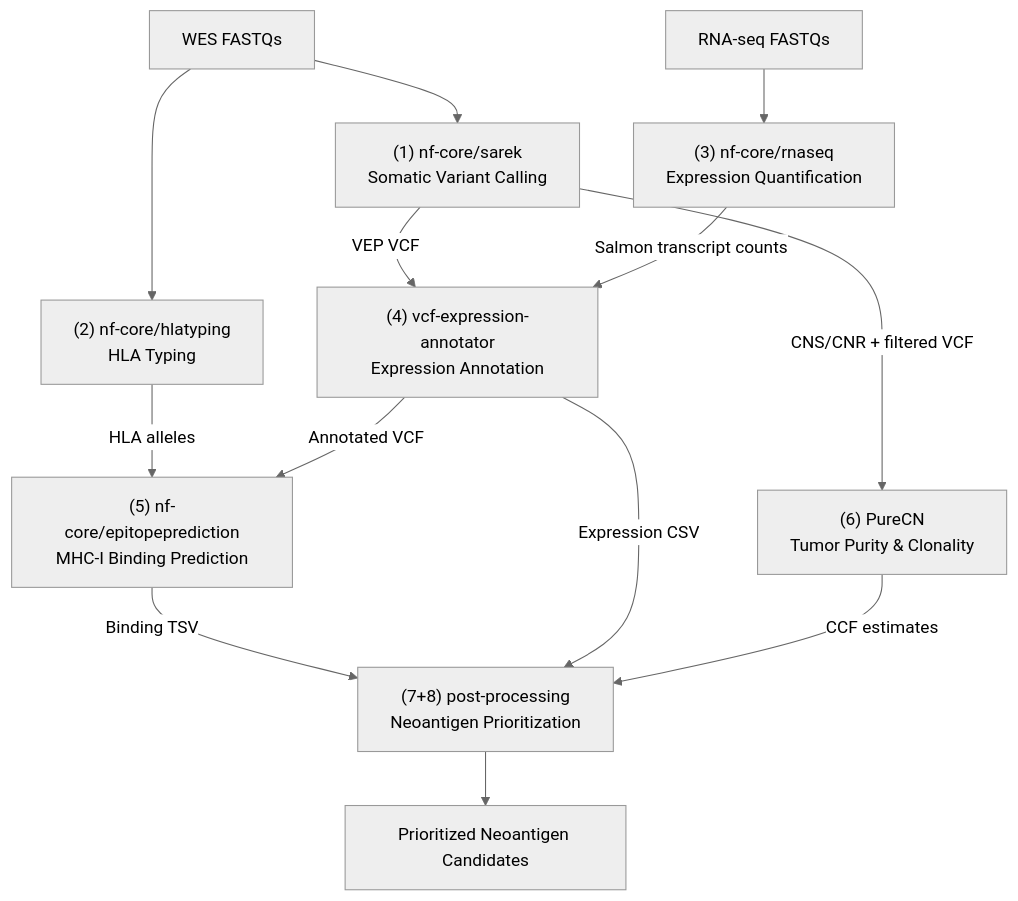
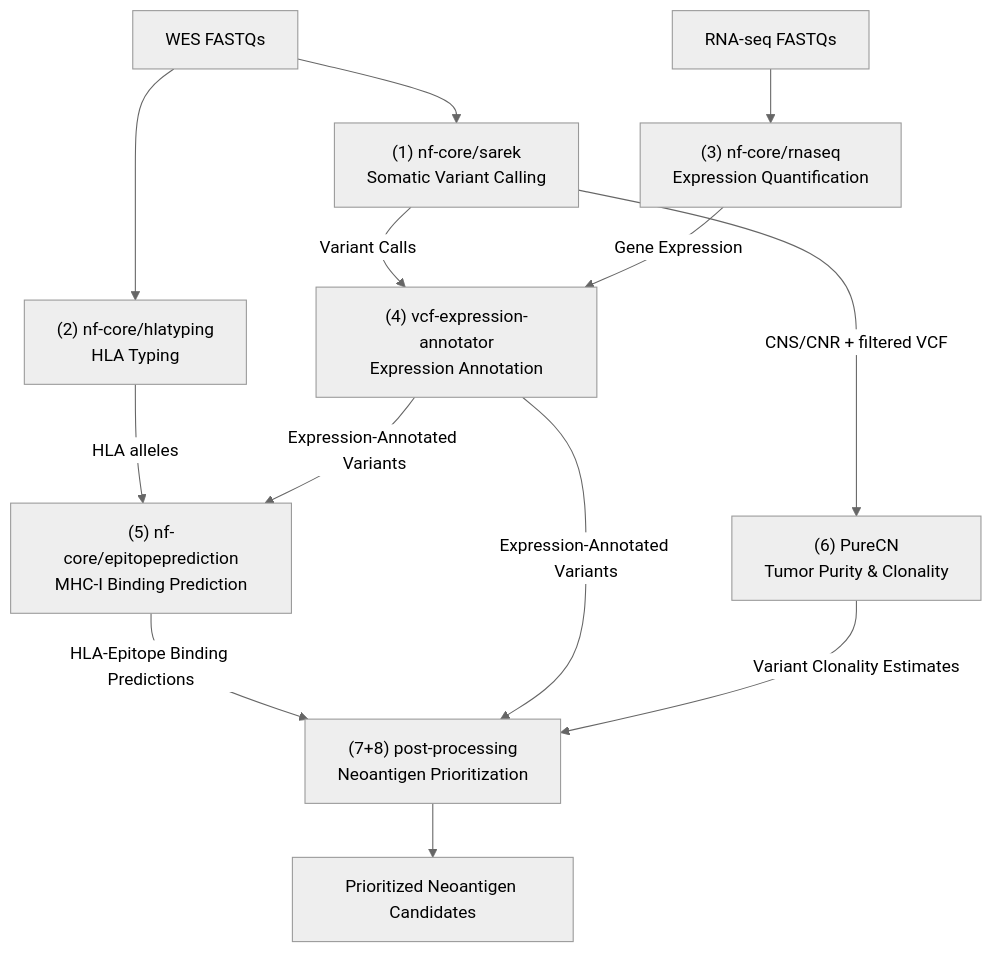
Before and after one commit to tylergross97/neoantigen-prefect: the first of 2 diagrams in blog_post_draft.md, drawn with Mermaid (neutral theme).

Commit message:
Updated mermaid diagram in blog post

````diff
--- a/blog_post_draft.md
+++ b/blog_post_draft.md
@@ -21,20 +21,20 @@
 ```mermaid
 flowchart TD
     A[WES FASTQs] --> S1["(1) nf-core/sarek\nSomatic Variant Calling"]
     B[RNA-seq FASTQs] --> S3["(3) nf-core/rnaseq\nExpression Quantification"]
 
-    S1 -->|VEP VCF| S4["(4) vcf-expression-annotator\nExpression Annotation"]
+    S1 -->|Variant Calls| S4["(4) vcf-expression-annotator\nExpression Annotation"]
     S1 -->|CNS/CNR + filtered VCF| S6["(6) PureCN\nTumor Purity & Clonality"]
-    S3 -->|Salmon transcript counts| S4
+    S3 -->|Gene Expression| S4
 
     A --> S2["(2) nf-core/hlatyping\nHLA Typing"]
 
     S2 -->|HLA alleles| S5["(5) nf-core/epitopeprediction\nMHC-I Binding Prediction"]
-    S4 -->|Annotated VCF| S5
+    S4 -->|Expression-Annotated Variants| S5
 
-    S5 -->|Binding TSV| PP["(7+8) post-processing\nNeoantigen Prioritization"]
-    S4 -->|Expression CSV| PP
-    S6 -->|CCF estimates| PP
+    S5 -->|HLA-Epitope Binding Predictions| PP["(7+8) post-processing\nNeoantigen Prioritization"]
+    S4 -->|Expression-Annotated Variants| PP
+    S6 -->|Variant Clonality Estimates| PP
 
     PP --> OUT[Prioritized Neoantigen Candidates]
 ```
````
